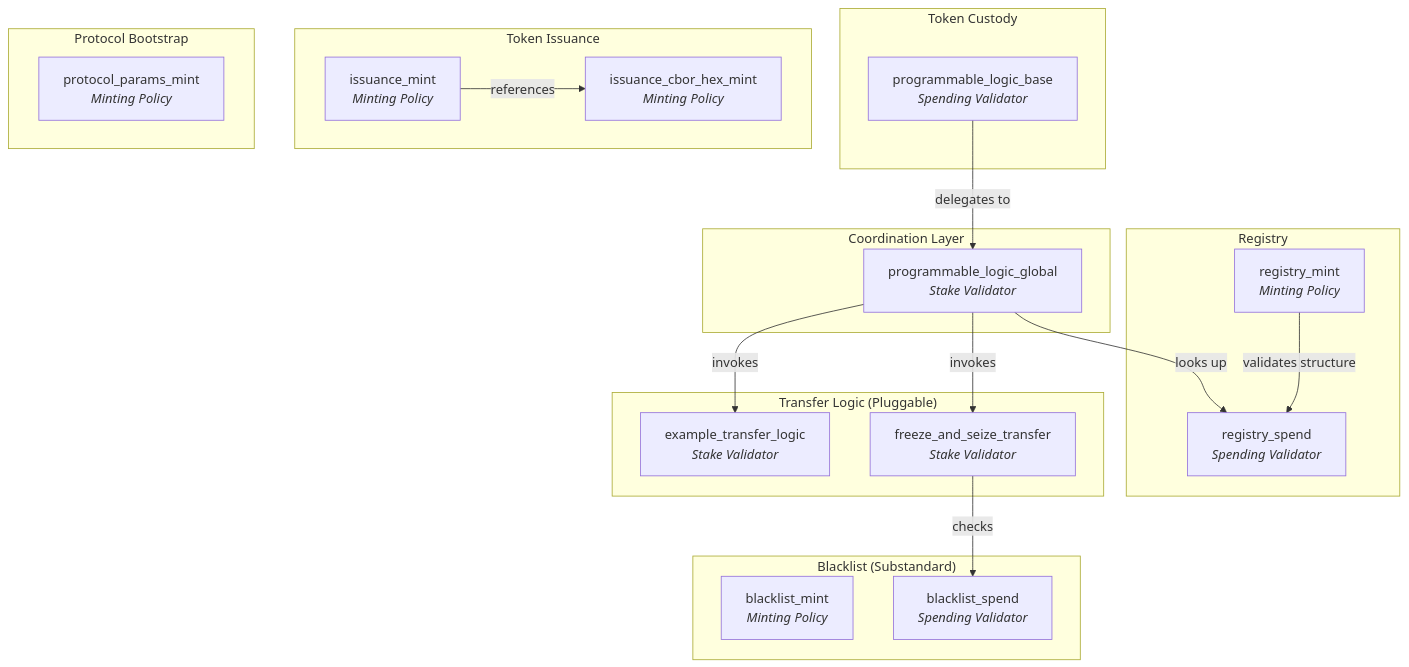
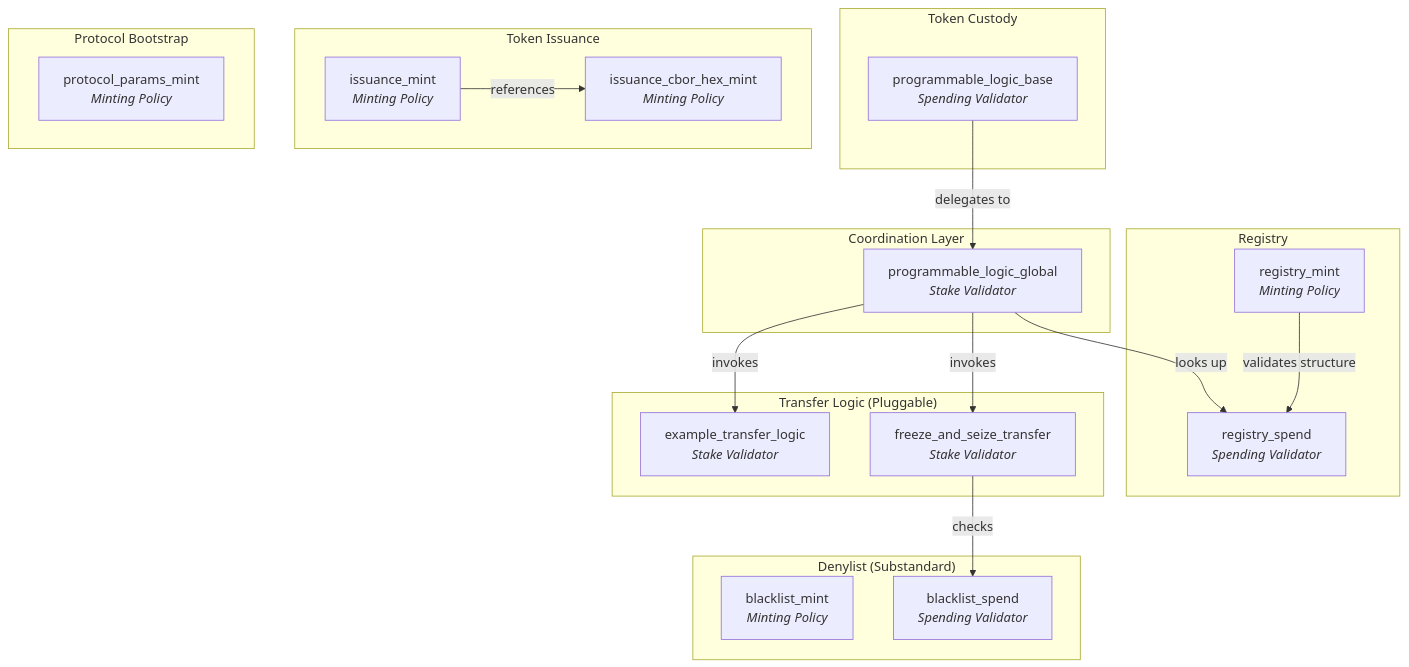
One commit to cardano-foundation/cip113-programmable-tokens changed the first of 3 diagrams in src/programmable-tokens-onchain-aiken/documentation/02-ARCHITECTURE.md. Above: the diagram before and after it, drawn with Mermaid. The commit also changed other lines of this file and 2 other files, not shown here.

````diff
--- a/src/programmable-tokens-onchain-aiken/documentation/02-ARCHITECTURE.md
+++ b/src/programmable-tokens-onchain-aiken/documentation/02-ARCHITECTURE.md
@@ -56,42 +56,42 @@
 ```mermaid
 graph TB
     subgraph "Token Custody"
         PLB[programmable_logic_base<br/><i>Spending Validator</i>]
     end
 
     subgraph "Coordination Layer"
         PLG[programmable_logic_global<br/><i>Stake Validator</i>]
     end
 
     subgraph "Registry"
         RM[registry_mint<br/><i>Minting Policy</i>]
         RS[registry_spend<br/><i>Spending Validator</i>]
     end
 
     subgraph "Token Issuance"
         IM[issuance_mint<br/><i>Minting Policy</i>]
         ICH[issuance_cbor_hex_mint<br/><i>Minting Policy</i>]
     end
 
     subgraph "Protocol Bootstrap"
         PP[protocol_params_mint<br/><i>Minting Policy</i>]
     end
 
     subgraph "Transfer Logic (Pluggable)"
         TL[example_transfer_logic<br/><i>Stake Validator</i>]
         FES[freeze_and_seize_transfer<br/><i>Stake Validator</i>]
     end
 
-    subgraph "Blacklist (Substandard)"
+    subgraph "Denylist (Substandard)"
         BM[blacklist_mint<br/><i>Minting Policy</i>]
         BS[blacklist_spend<br/><i>Spending Validator</i>]
     end
 
     PLB -->|"delegates to"| PLG
     PLG -->|"looks up"| RS
     PLG -->|"invokes"| TL
     PLG -->|"invokes"| FES
     FES -->|"checks"| BS
     RM -->|"validates structure"| RS
     IM -->|"references"| ICH
 ```
````
